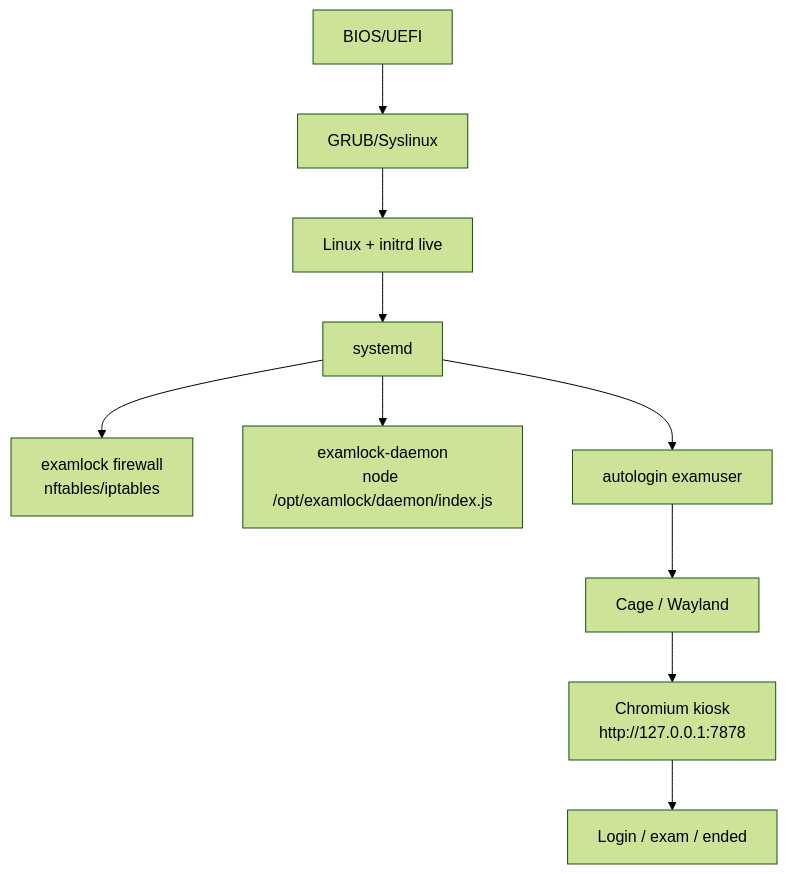
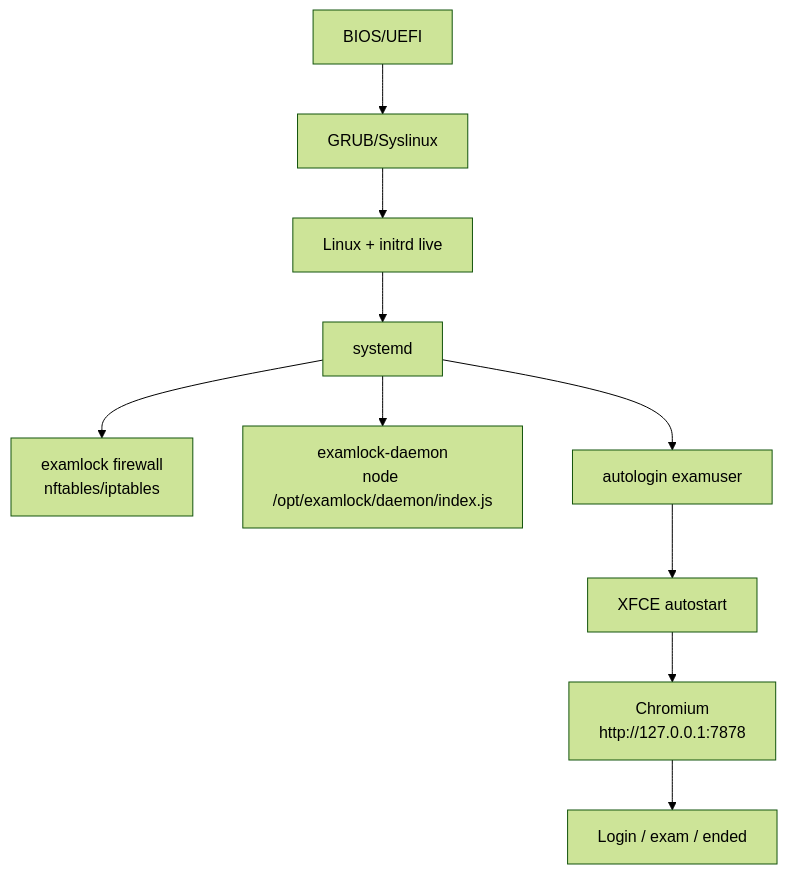
Before and after one commit to daniel-baf/virtua-ExamLock: the third of 3 diagrams in docs/build.md, drawn with Mermaid (forest theme). The commit also changed other lines of this file and 5 other files, not shown here.

````diff
--- a/docs/build.md
+++ b/docs/build.md
@@ -101,12 +101,12 @@
 ```mermaid
 flowchart TD
     Firmware["BIOS/UEFI"] --> Bootloader["GRUB/Syslinux"]
     Bootloader --> Kernel["Linux + initrd live"]
     Kernel --> Systemd["systemd"]
     Systemd --> Firewall["examlock firewall\nnftables/iptables"]
     Systemd --> Daemon["examlock-daemon\nnode /opt/examlock/daemon/index.js"]
     Systemd --> Login["autologin examuser"]
-    Login --> Cage["Cage / Wayland"]
-    Cage --> Chromium["Chromium kiosk\nhttp://127.0.0.1:7878"]
+    Login --> XFCE["XFCE autostart"]
+    XFCE --> Chromium["Chromium\nhttp://127.0.0.1:7878"]
     Chromium --> UI["Login / exam / ended"]
 ```
````
